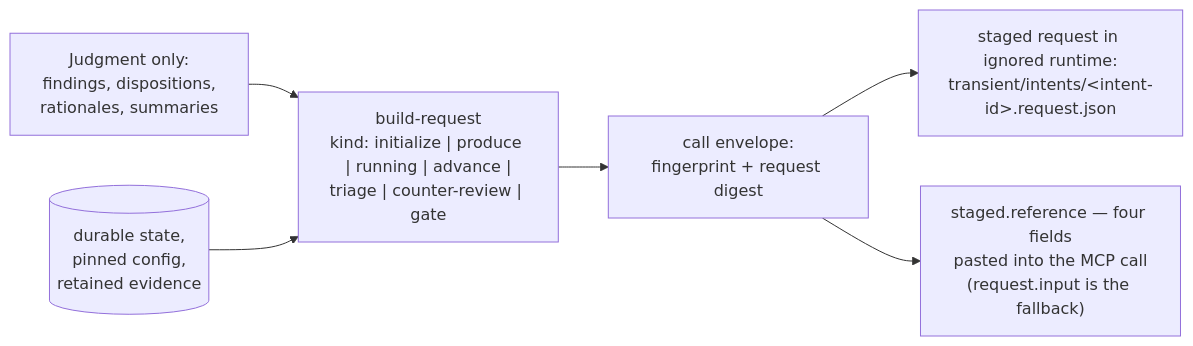
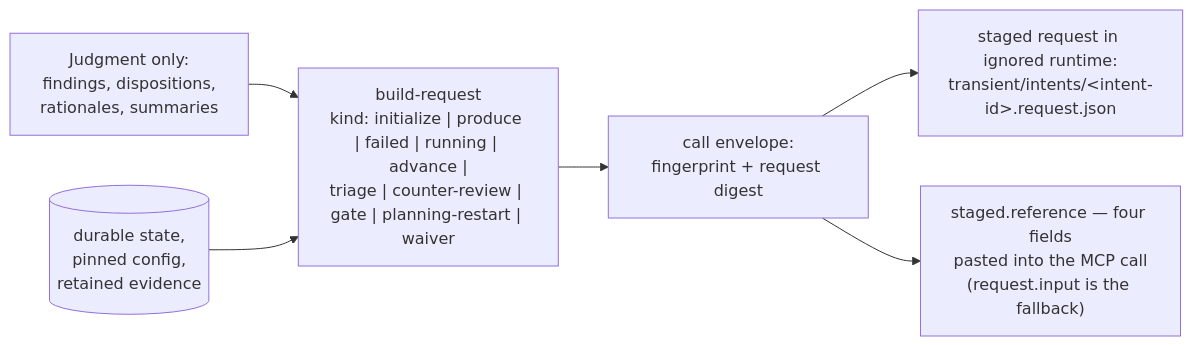
Before and after one commit to Aroton/ArchflowV2: the diagram in docs/cli/COMMANDS.md, drawn with Mermaid. The commit also changed other lines of this file and 67 other files, not shown here.

````diff
--- a/docs/cli/COMMANDS.md
+++ b/docs/cli/COMMANDS.md
@@ -65,8 +65,8 @@
 ```mermaid
 flowchart LR
-    J["Judgment only:<br/>findings, dispositions,<br/>rationales, summaries"] --> BR["build-request<br/>kind: initialize | produce | running | advance |<br/>triage | counter-review | gate"]
+    J["Judgment only:<br/>findings, dispositions,<br/>rationales, summaries"] --> BR["build-request<br/>kind: initialize | produce | failed | running | advance |<br/>triage | counter-review | gate | planning-restart | waiver"]
     DS[("durable state,<br/>pinned config,<br/>retained evidence")] --> BR
     BR --> ENV["call envelope:<br/>fingerprint + request digest"]
     ENV --> STG["staged request in ignored runtime:<br/>transient/intents/&lt;intent-id&gt;.request.json"]
     ENV --> OUT["staged.reference — four fields<br/>pasted into the MCP call<br/>(request.input is the fallback)"]
 ```
````
